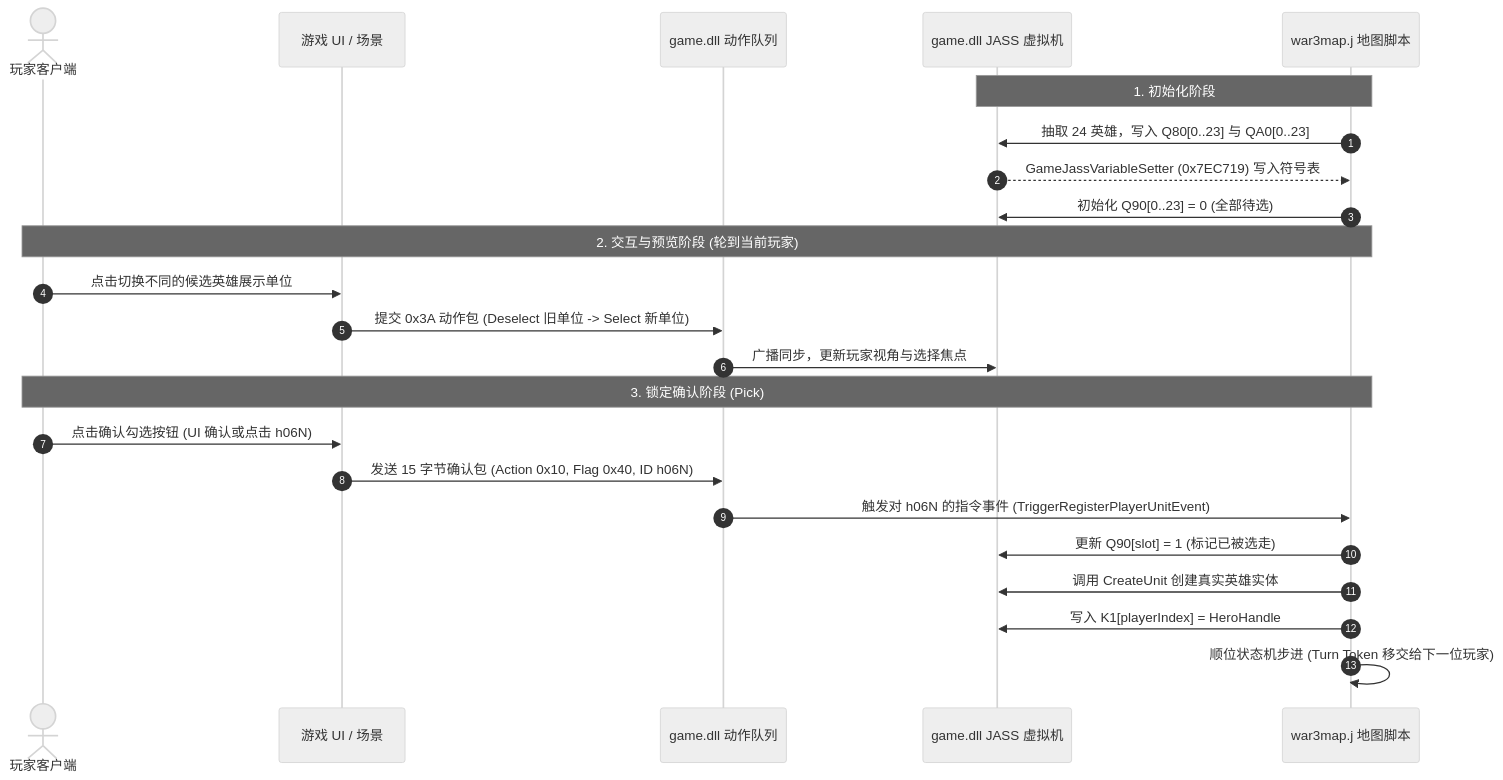
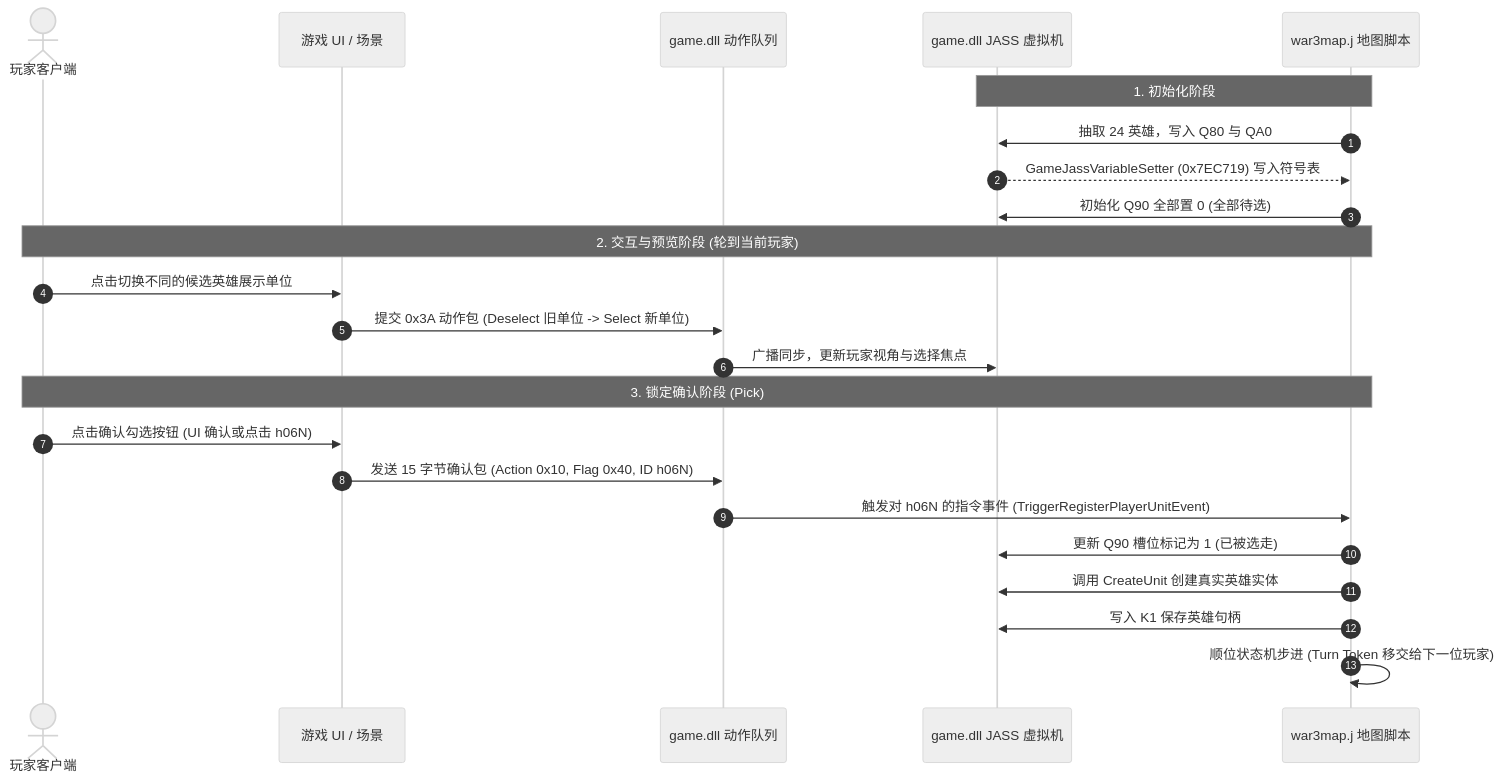
One commit to wuxiancong/War3Analysis changed the second of 4 diagrams in analyses/dota-rd-and-sd-mode-mindmap.md. Above: the diagram before and after it, drawn with Mermaid (neutral theme). The commit also changed other lines of this file and 1 other file, not shown here.

````diff
--- a/analyses/dota-rd-and-sd-mode-mindmap.md
+++ b/analyses/dota-rd-and-sd-mode-mindmap.md
@@ -54,28 +54,28 @@
 ```mermaid
 sequenceDiagram
     autonumber
     actor Player as 玩家客户端
     participant UI as 游戏 UI / 场景
     participant ActionQueue as game.dll 动作队列
     participant JassVM as game.dll JASS 虚拟机
     participant JassScript as war3map.j 地图脚本
 
     Note over JassScript, JassVM: 1. 初始化阶段
-    JassScript->>JassVM: 抽取 24 英雄，写入 Q80[0..23] 与 QA0[0..23]
+    JassScript->>JassVM: 抽取 24 英雄，写入 Q80 与 QA0
     JassVM-->>JassScript: GameJassVariableSetter (0x7EC719) 写入符号表
-    JassScript->>JassVM: 初始化 Q90[0..23] = 0 (全部待选)
+    JassScript->>JassVM: 初始化 Q90 全部置 0 (全部待选)
 
     Note over Player, JassScript: 2. 交互与预览阶段 (轮到当前玩家)
     Player->>UI: 点击切换不同的候选英雄展示单位
     UI->>ActionQueue: 提交 0x3A 动作包 (Deselect 旧单位 -> Select 新单位)
     ActionQueue->>JassVM: 广播同步，更新玩家视角与选择焦点
 
     Note over Player, JassScript: 3. 锁定确认阶段 (Pick)
     Player->>UI: 点击确认勾选按钮 (UI 确认或点击 h06N)
     UI->>ActionQueue: 发送 15 字节确认包 (Action 0x10, Flag 0x40, ID h06N)
     ActionQueue->>JassScript: 触发对 h06N 的指令事件 (TriggerRegisterPlayerUnitEvent)
-    JassScript->>JassVM: 更新 Q90[slot] = 1 (标记已被选走)
+    JassScript->>JassVM: 更新 Q90 槽位标记为 1 (已被选走)
     JassScript->>JassVM: 调用 CreateUnit 创建真实英雄实体
-    JassScript->>JassVM: 写入 K1[playerIndex] = HeroHandle
+    JassScript->>JassVM: 写入 K1 保存英雄句柄
     JassScript->>JassScript: 顺位状态机步进 (Turn Token 移交给下一位玩家)
 ```
````
